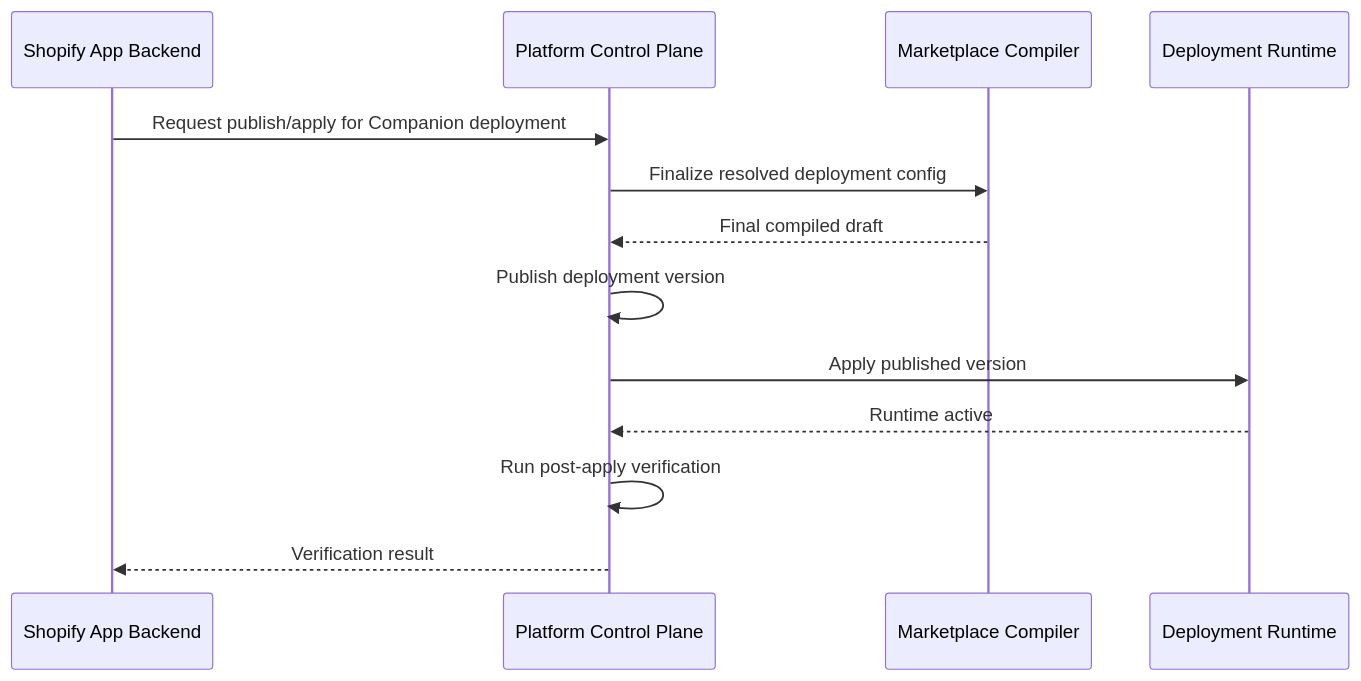
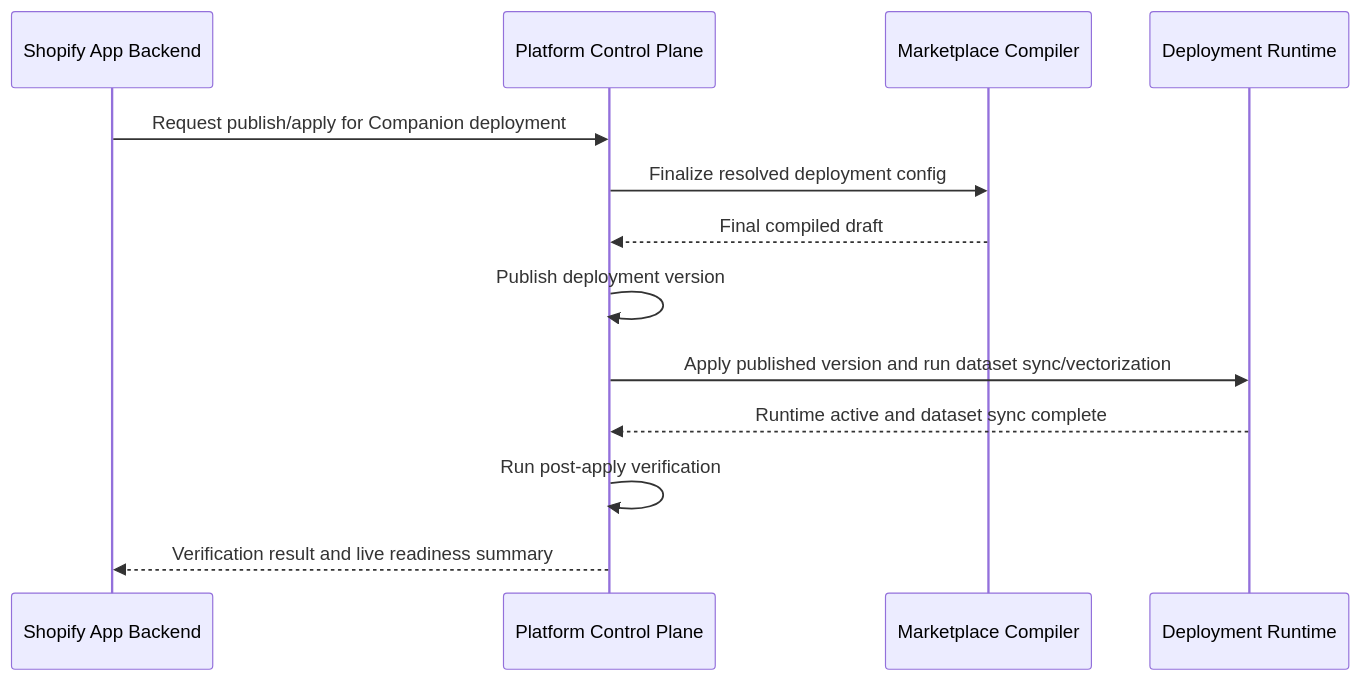
Before and after one commit to mahmoudashraf/AI-Fabric-Framework: the fourth of 9 diagrams in doc/Productization/future-work/MarketPlace/Products/SHOPIFY_COMPANION_SUBSCRIPTION_AND_GO_LIVE_FLOW.md, drawn with Mermaid. The commit also changed other lines of this file and 2 other files, not shown here.

````diff
--- a/doc/Productization/future-work/MarketPlace/Products/SHOPIFY_COMPANION_SUBSCRIPTION_AND_GO_LIVE_FLOW.md
+++ b/doc/Productization/future-work/MarketPlace/Products/SHOPIFY_COMPANION_SUBSCRIPTION_AND_GO_LIVE_FLOW.md
@@ -247,16 +251,16 @@
 ```mermaid
 sequenceDiagram
     participant AB as Shopify App Backend
     participant CP as Platform Control Plane
     participant MC as Marketplace Compiler
     participant RT as Deployment Runtime
 
     AB->>CP: Request publish/apply for Companion deployment
     CP->>MC: Finalize resolved deployment config
     MC-->>CP: Final compiled draft
     CP->>CP: Publish deployment version
-    CP->>RT: Apply published version
-    RT-->>CP: Runtime active
+    CP->>RT: Apply published version and run dataset sync/vectorization
+    RT-->>CP: Runtime active and dataset sync complete
     CP->>CP: Run post-apply verification
-    CP-->>AB: Verification result
+    CP-->>AB: Verification result and live readiness summary
 ```
````
